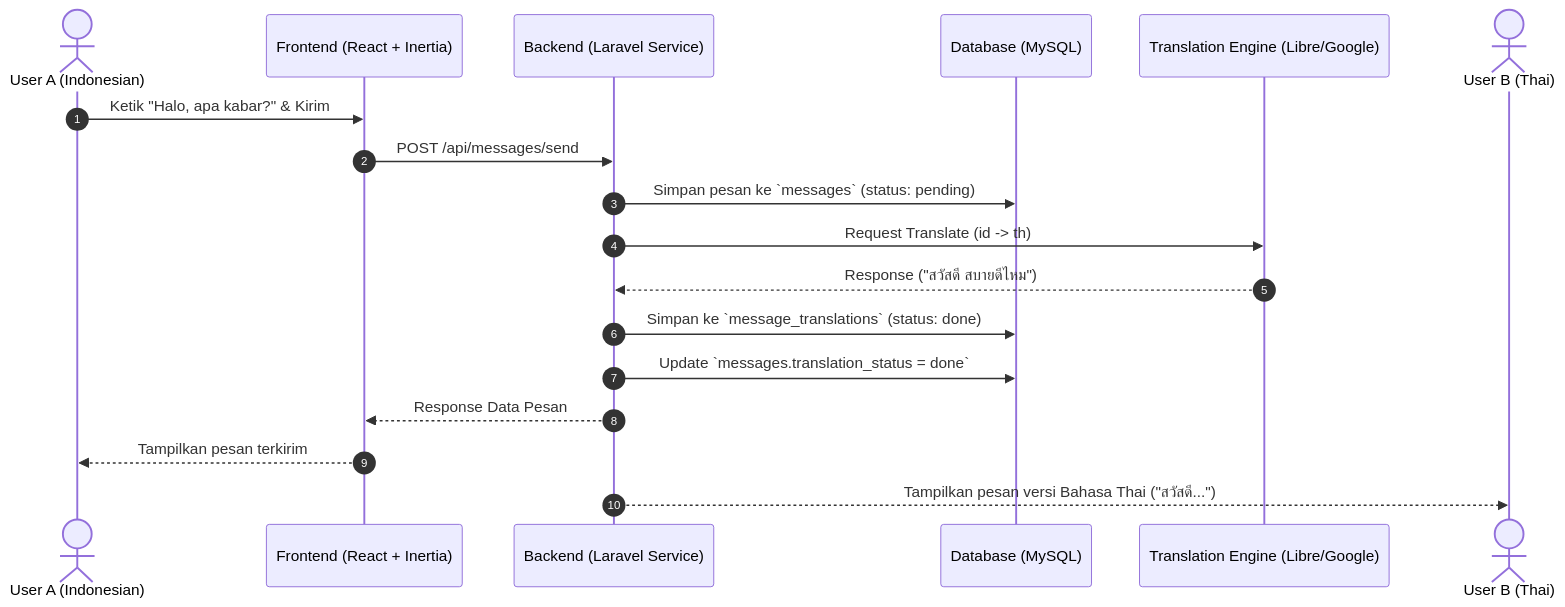
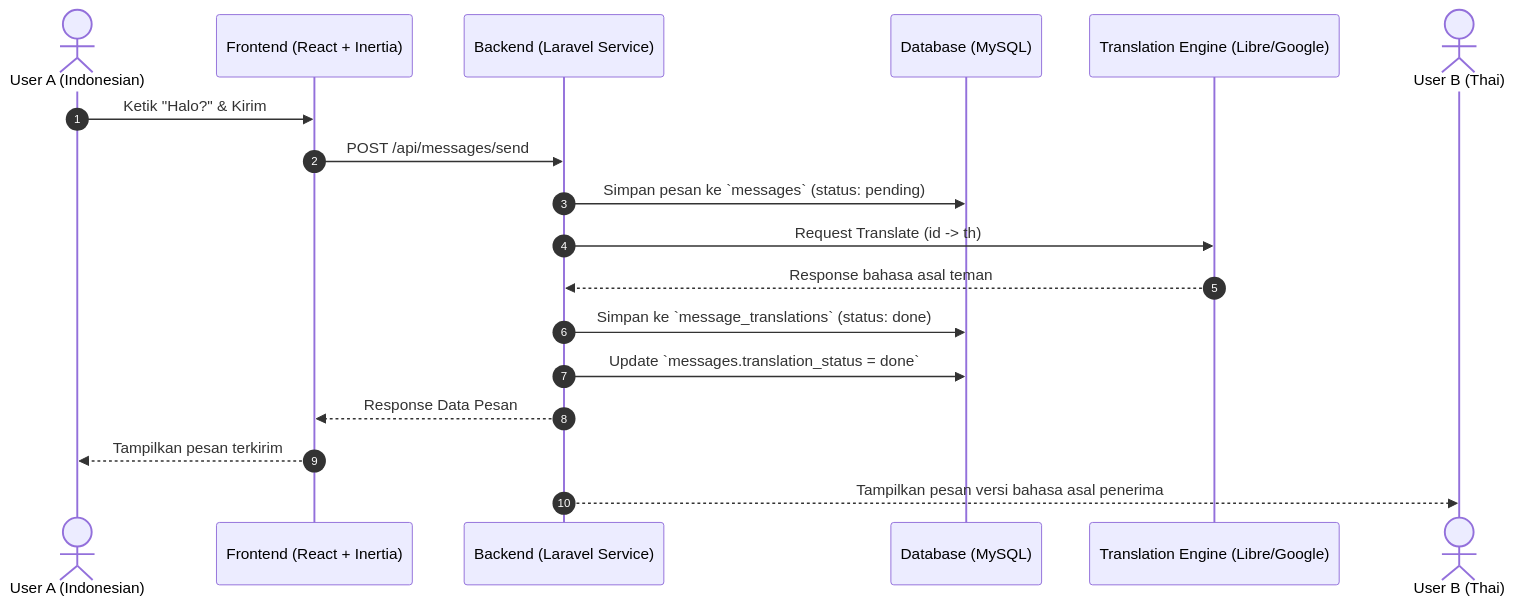
One commit to SatyaRizkySaputra0214/Linguachat changed the first of 2 diagrams in README.md. Above: the diagram before and after it, drawn with Mermaid.

Commit message:
Update message content in README.md

````diff
--- a/README.md
+++ b/README.md
@@ -80,21 +80,21 @@
 ```mermaid
 sequenceDiagram
     autonumber
     actor Pengirim as User A (Indonesian)
     participant Client as Frontend (React + Inertia)
     participant Server as Backend (Laravel Service)
     participant DB as Database (MySQL)
     participant Engine as Translation Engine (Libre/Google)
     actor Penerima as User B (Thai)
 
-    Pengirim->>Client: Ketik "Halo, apa kabar?" & Kirim
+    Pengirim->>Client: Ketik "Halo?" & Kirim
     Client->>Server: POST /api/messages/send
     Server->>DB: Simpan pesan ke `messages` (status: pending)
     Server->>Engine: Request Translate (id -> th)
-    Engine-->>Server: Response ("สวัสดี สบายดีไหม")
+    Engine-->>Server: Response bahasa asal teman
     Server->>DB: Simpan ke `message_translations` (status: done)
     Server->>DB: Update `messages.translation_status = done`
     Server-->>Client: Response Data Pesan
     Client-->>Pengirim: Tampilkan pesan terkirim
-    Server-->>Penerima: Tampilkan pesan versi Bahasa Thai ("สวัสดี...")
+    Server-->>Penerima: Tampilkan pesan versi bahasa asal penerima
 ```
````
